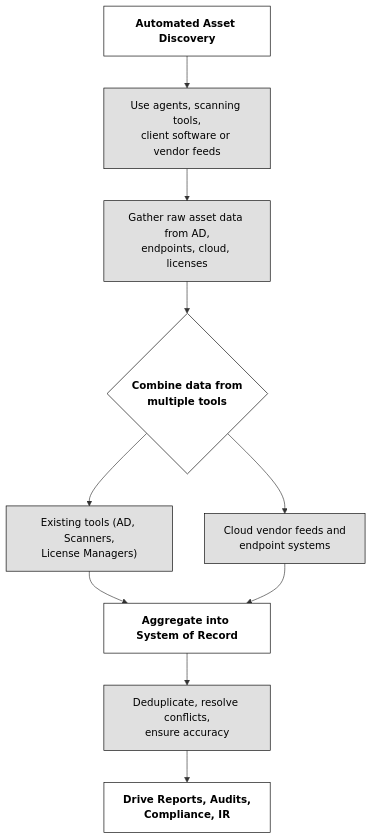
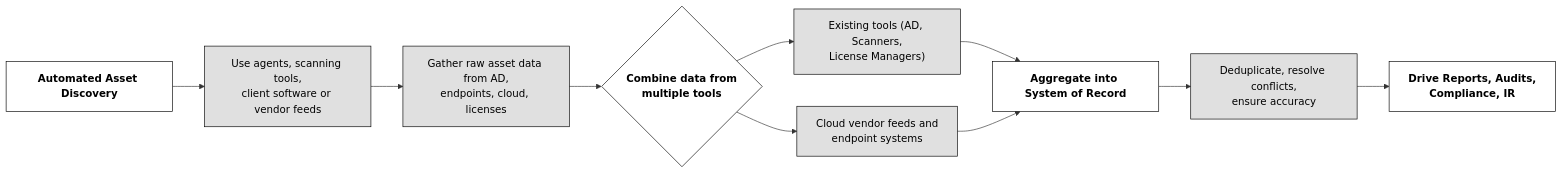
One commit to lorenzoleonelli/CISSP-Zero-to-Hero changed the first of 2 diagrams in DOMAIN2 - Asset Security/2.3 Provision information and assets securely.md. Above: the diagram before and after it, drawn with Mermaid.

Commit message:
LL 2026-11-8:10:9:23

````diff
--- a/DOMAIN2 - Asset Security/2.3 Provision information and assets securely.md
+++ b/DOMAIN2 - Asset Security/2.3 Provision information and assets securely.md
@@ -135,21 +135,21 @@
 ```mermaid
-flowchart TD
+flowchart LR
     A["Automated Asset Discovery"] --> B["Use agents, scanning tools,<br/>client software or vendor feeds"]
     B --> C["Gather raw asset data from AD,<br/>endpoints, cloud, licenses"]
     C --> D{"Combine data from<br/>multiple tools"}
     
     D --> E["Existing tools (AD, Scanners,<br/>License Managers)"]
     D --> F["Cloud vendor feeds and<br/>endpoint systems"]
 
     E --> G["Aggregate into System of Record"]
     F --> G
     
     G --> H["Deduplicate, resolve conflicts,<br/>ensure accuracy"]
     H --> I["Drive Reports, Audits,<br/>Compliance, IR"]
 
     classDef center fill:#ffffff,color:#000000,stroke:#000000,stroke-width:1px,font-weight:bold
     classDef node fill:#e0e0e0,color:#000000,stroke:#000000,stroke-width:1px
 
     class A,D,G,I center
     class B,C,E,F,H node
 ```
````
